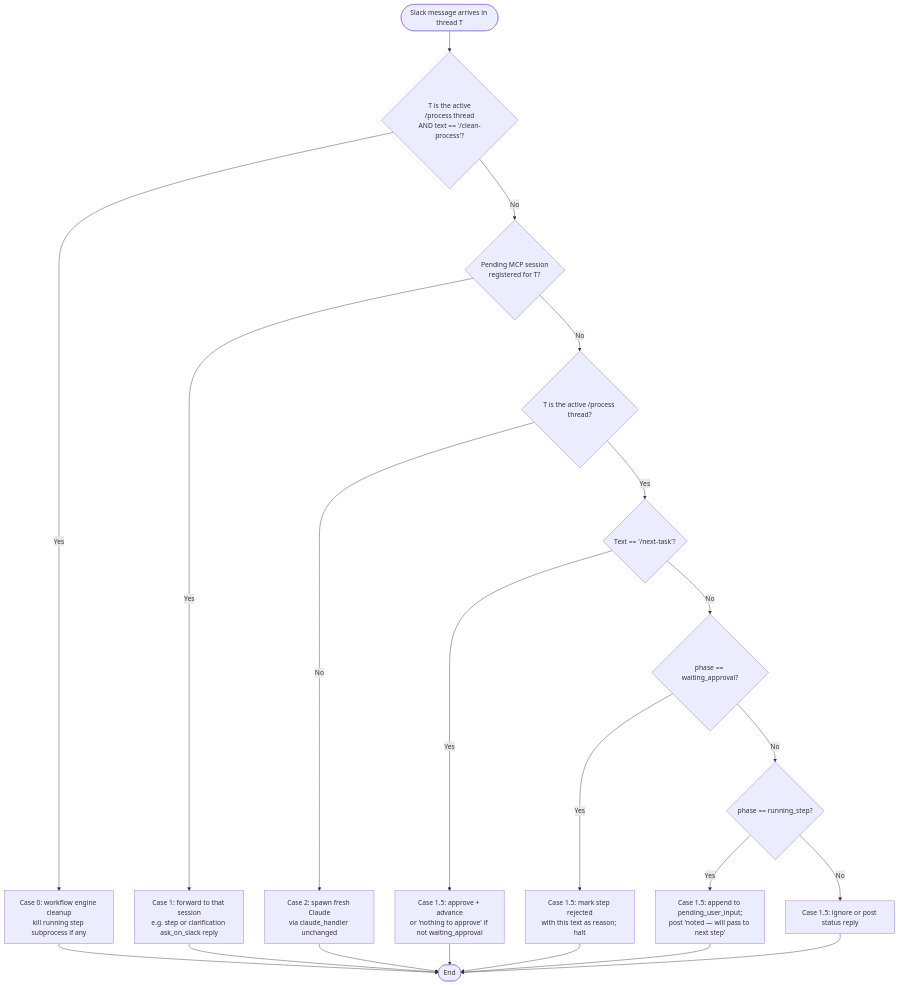
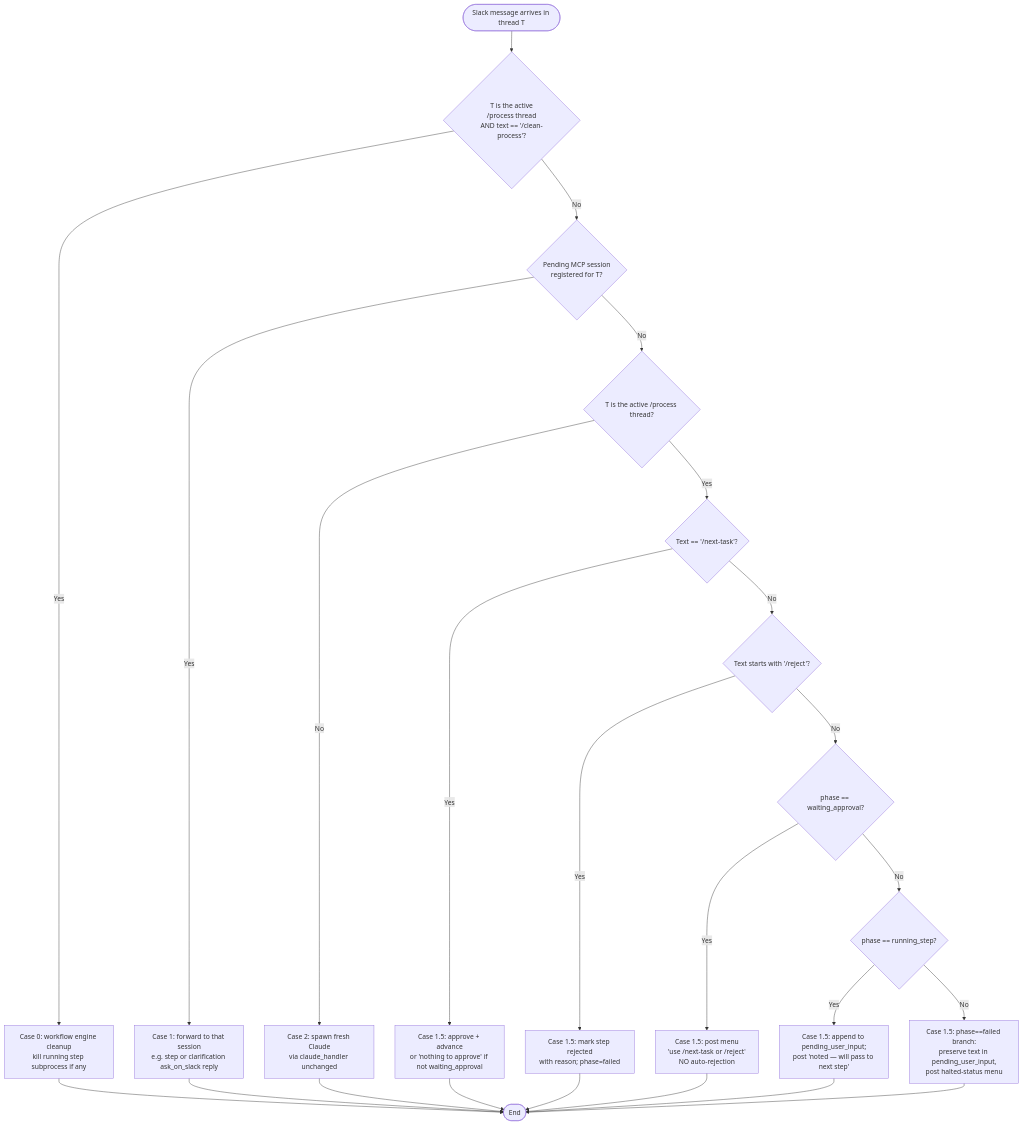
Before and after one commit to tomeraitz/claude-slack-bridge: the third of 3 diagrams in plans/full-process-plugin.md, drawn with Mermaid. The commit also changed other lines of this file, not shown here.

````diff
--- a/plans/full-process-plugin.md
+++ b/plans/full-process-plugin.md
@@ -414,16 +512,18 @@
 ```mermaid
 flowchart TD
     A([Slack message arrives in thread T]) --> A0{T is the active<br/>/process thread<br/>AND text == '/clean-process'?}
     A0 -- Yes --> A0Y[Case 0: workflow engine cleanup<br/>kill running step subprocess if any] --> Z([End])
     A0 -- No --> B{Pending MCP session<br/>registered for T?}
     B -- Yes --> B1[Case 1: forward to that session<br/>e.g. step or clarification ask_on_slack reply] --> Z
     B -- No --> C{T is the active /process thread?}
     C -- No --> C1[Case 2: spawn fresh Claude<br/>via claude_handler unchanged] --> Z
     C -- Yes --> D{Text == '/next-task'?}
     D -- Yes --> D1[Case 1.5: approve + advance<br/>or 'nothing to approve' if not waiting_approval] --> Z
-    D -- No --> F{phase == waiting_approval?}
-    F -- Yes --> F1[Case 1.5: mark step rejected<br/>with this text as reason; halt] --> Z
+    D -- No --> E{Text starts with '/reject'?}
+    E -- Yes --> E1[Case 1.5: mark step rejected<br/>with reason; phase=failed] --> Z
+    E -- No --> F{phase == waiting_approval?}
+    F -- Yes --> F1[Case 1.5: post menu<br/>'use /next-task or /reject'<br/>NO auto-rejection] --> Z
     F -- No --> G{phase == running_step?}
     G -- Yes --> G1[Case 1.5: append to pending_user_input;<br/>post 'noted — will pass to next step'] --> Z
-    G -- No --> H1[Case 1.5: ignore or post status reply] --> Z
+    G -- No --> H1[Case 1.5: phase==failed branch:<br/>preserve text in pending_user_input,<br/>post halted-status menu] --> Z
 ```
````
